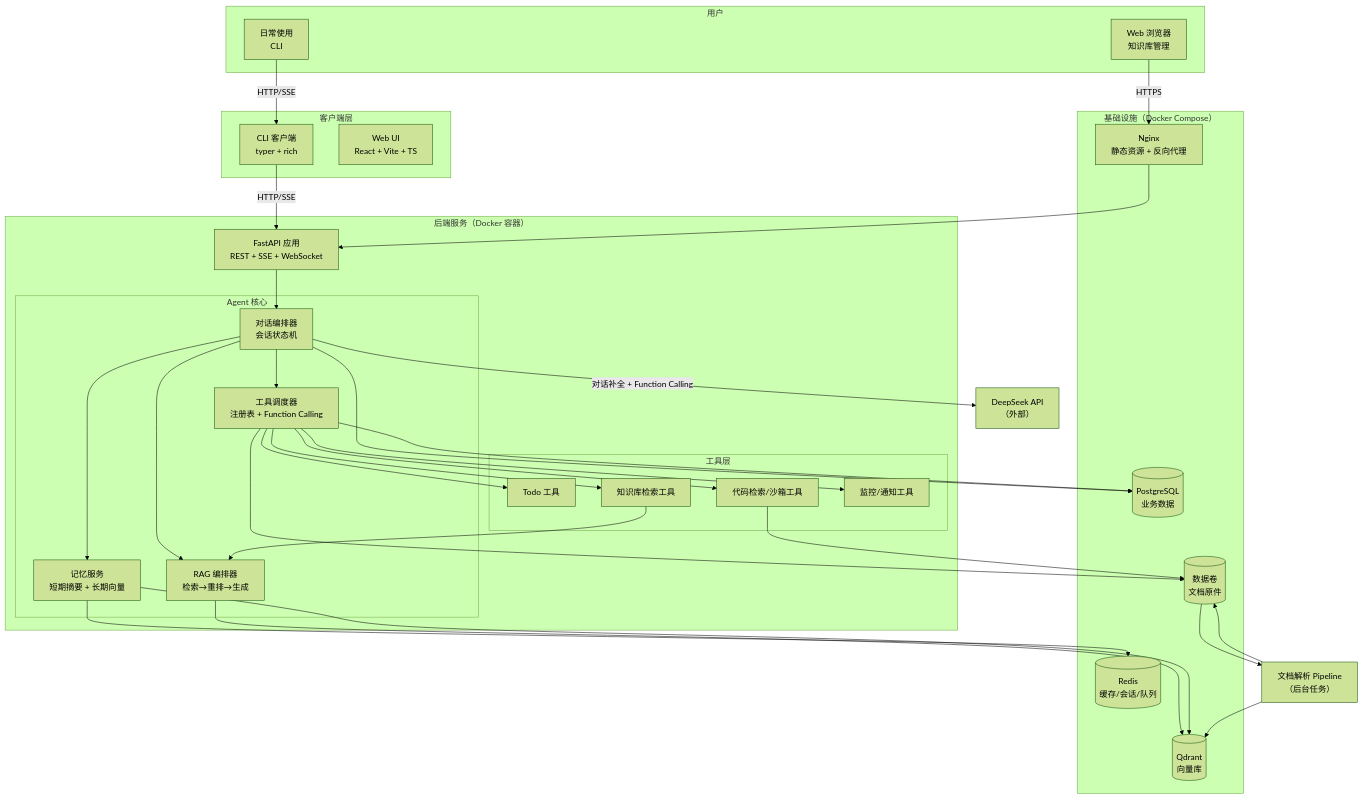
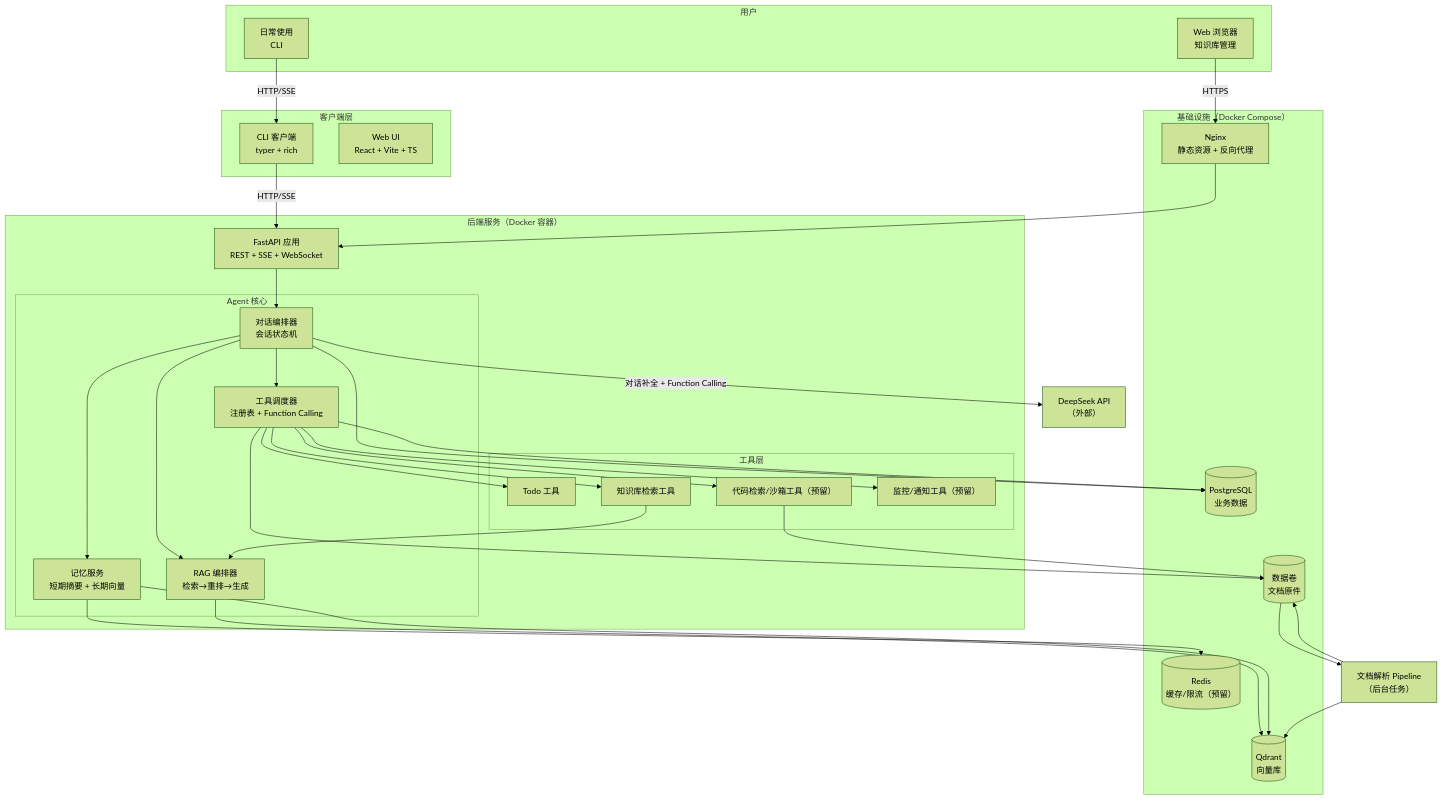
The first of 8 diagrams in docs/architecture.md (z3yc/copilot-lite), drawn with Mermaid (forest theme) before and after one commit. The commit also changed 1 other file, not shown here.

Commit message:
docs: README/架构图如实化——沙箱/监控/通知工具与 Redis 标注预留，权限控制与工具安全边界按当前实现改写（防面试深挖露馅）

````diff
--- a/docs/architecture.md
+++ b/docs/architecture.md
@@ -9,63 +9,63 @@
 ```mermaid
 graph TB
     subgraph Users["用户"]
         U1[日常使用<br/>CLI]
         U2[Web 浏览器<br/>知识库管理]
     end
 
     subgraph Client["客户端层"]
         CLI["CLI 客户端<br/>typer + rich"]
         WEB["Web UI<br/>React + Vite + TS"]
     end
 
     subgraph Backend["后端服务（Docker 容器）"]
         API["FastAPI 应用<br/>REST + SSE + WebSocket"]
         subgraph Core["Agent 核心"]
             ORCH["对话编排器<br/>会话状态机"]
             MEM["记忆服务<br/>短期摘要 + 长期向量"]
             TOOL["工具调度器<br/>注册表 + Function Calling"]
             RAG["RAG 编排器<br/>检索→重排→生成"]
         end
         subgraph Tools["工具层"]
             T_TODO["Todo 工具"]
             T_KB["知识库检索工具"]
-            T_CODE["代码检索/沙箱工具"]
-            T_SYS["监控/通知工具"]
+            T_CODE["代码检索/沙箱工具（预留）"]
+            T_SYS["监控/通知工具（预留）"]
         end
     end
 
     subgraph Infra["基础设施（Docker Compose）"]
         PG[("PostgreSQL<br/>业务数据")]
         QD[("Qdrant<br/>向量库")]
-        RD[("Redis<br/>缓存/会话/队列")]
+        RD[("Redis<br/>缓存/限流（预留）")]
         FS[("数据卷<br/>文档原件")]
         NX["Nginx<br/>静态资源 + 反向代理"]
     end
 
     LLM["DeepSeek API<br/>（外部）"]
 
     U1 -->|HTTP/SSE| CLI
     U2 -->|HTTPS| NX
     NX --> API
     CLI -->|HTTP/SSE| API
     API --> ORCH
     ORCH --> MEM
     ORCH --> TOOL
     ORCH --> RAG
     TOOL --> T_TODO
     TOOL --> T_KB
     TOOL --> T_CODE
     TOOL --> T_SYS
     T_KB --> RAG
     RAG --> QD
     ORCH -->|对话补全 + Function Calling| LLM
     MEM --> QD
     MEM --> RD
     ORCH --> PG
     TOOL --> PG
     TOOL --> FS
     T_CODE --> FS
     PIPE["文档解析 Pipeline<br/>（后台任务）"] --> QD
     PIPE --> FS
     FS --> PIPE
 ```
````
